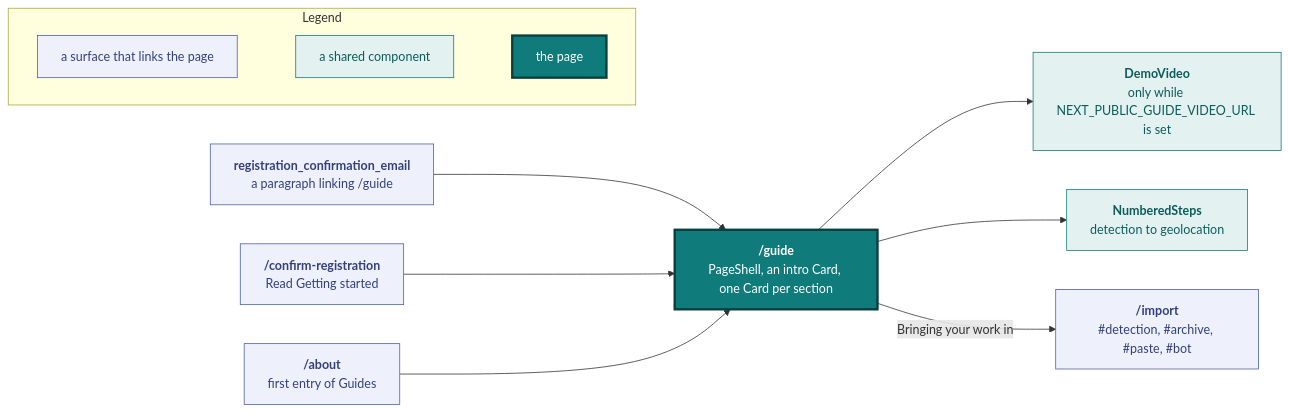
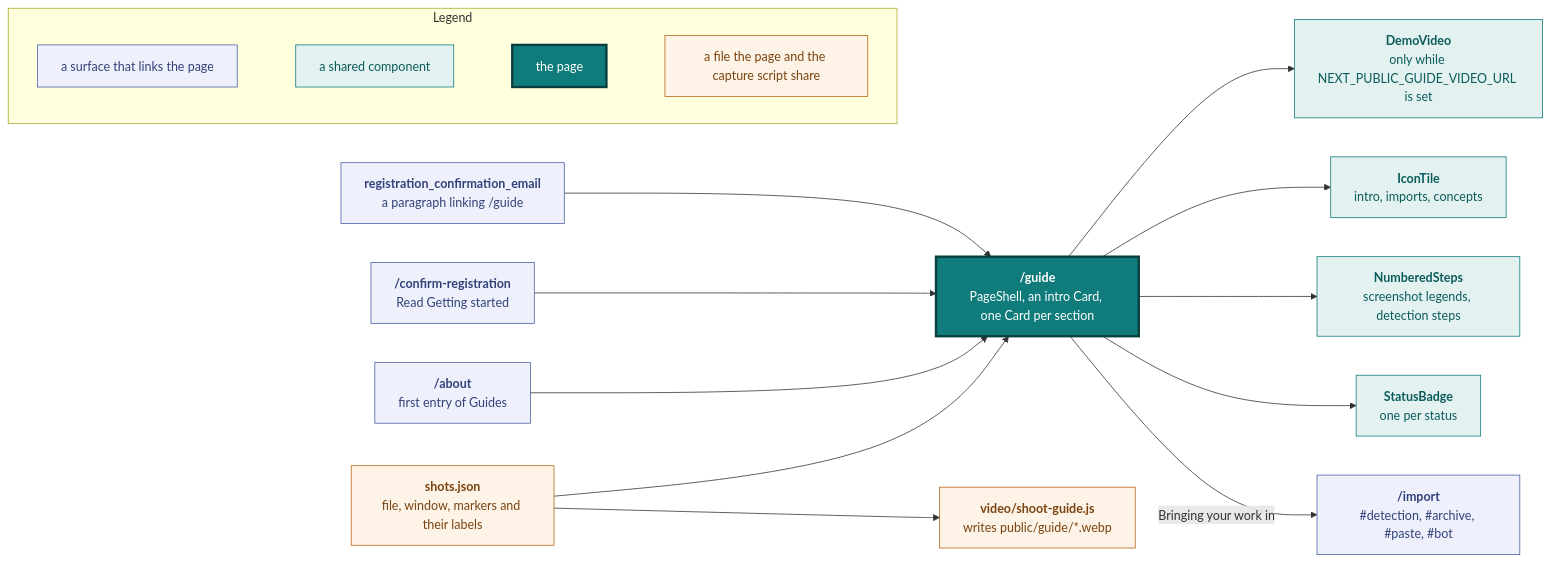
One commit to vidithq/vidit changed the third of 12 diagrams in docs/design.md. Above: the diagram before and after it, drawn with Mermaid. The commit also changed other lines of this file and 16 other files, not shown here.

First line of the commit message:
feat(guide): show the Getting started page with icons and annotated screenshots

````diff
--- a/docs/design.md
+++ b/docs/design.md
@@ -363,36 +364,50 @@
 ```mermaid
 flowchart LR
   classDef spec fill:#eef1fb,stroke:#4a5fa5,color:#33417a
   classDef shared fill:#e3f2f1,stroke:#0f7b7a,color:#0b5c5b
   classDef core fill:#0f7b7a,stroke:#083f3e,stroke-width:3px,color:#ffffff
+  classDef data fill:#fdf3e7,stroke:#b8661a,color:#7a430f
 
   subgraph legend [Legend]
     direction LR
     l1["`a surface that links the page`"]:::spec
     l2["`a shared component`"]:::shared
     l3["`the page`"]:::core
-    l1 ~~~ l2 ~~~ l3
+    l4["`a file the page and the capture script share`"]:::data
+    l1 ~~~ l2 ~~~ l3 ~~~ l4
   end
 
   email["`**registration_confirmation_email**
   a paragraph linking /guide`"]:::spec
   confirm["`**/confirm-registration**
   Read Getting started`"]:::spec
   about["`**/about**
   first entry of Guides`"]:::spec
   page["`**/guide**
   PageShell, an intro Card, one Card per section`"]:::core
   video["`**DemoVideo**
   only while NEXT_PUBLIC_GUIDE_VIDEO_URL is set`"]:::shared
+  tiles["`**IconTile**
+  intro, imports, concepts`"]:::shared
   steps["`**NumberedSteps**
-  detection to geolocation`"]:::shared
+  screenshot legends, detection steps`"]:::shared
+  badge["`**StatusBadge**
+  one per status`"]:::shared
+  shots["`**shots.json**
+  file, window, markers and their labels`"]:::data
+  script["`**video/shoot-guide.js**
+  writes public/guide/*.webp`"]:::data
   imp["`**/import**
   #detection, #archive, #paste, #bot`"]:::spec
 
   email --> page
   confirm --> page
   about --> page
   page --> video
+  page --> tiles
   page --> steps
+  page --> badge
+  shots --> page
+  shots --> script
   page -->|"Bringing your work in"| imp
 ```
````
